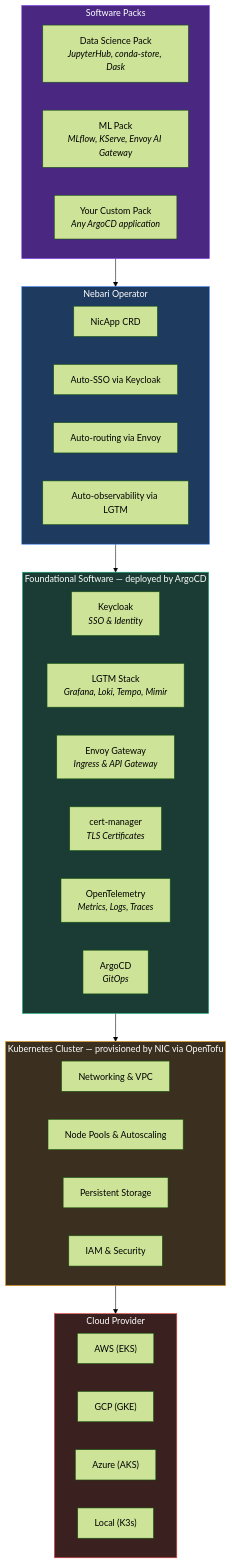
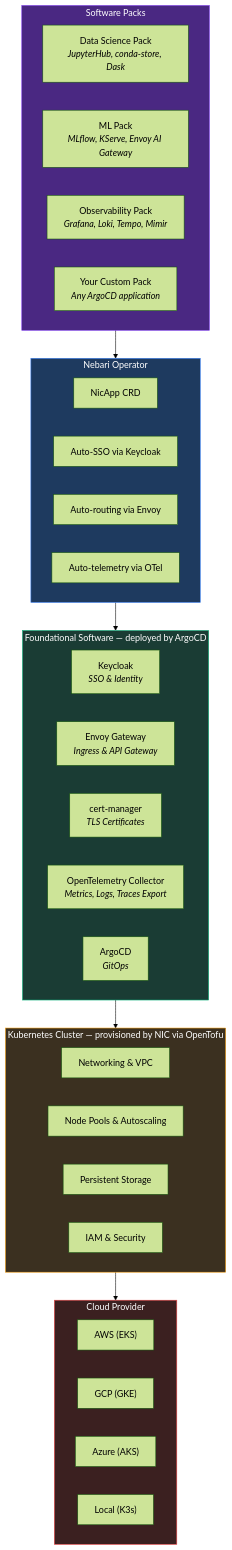
Before and after one commit to nebari-dev/nebari-infrastructure-core: the first of 2 diagrams in README.md, drawn with Mermaid (forest theme). The commit also changed other lines of this file, not shown here.

First line of the commit message:
Fix observability messaging: OTel exporter, not built-in LGTM

````diff
--- a/README.md
+++ b/README.md
@@ -53,54 +53,54 @@
 ```mermaid
 graph TB
     subgraph SP["Software Packs"]
         direction LR
         DS["Data Science Pack<br/><i>JupyterHub, conda-store, Dask</i>"]
         ML["ML Pack<br/><i>MLflow, KServe, Envoy AI Gateway</i>"]
+        OBS["Observability Pack<br/><i>Grafana, Loki, Tempo, Mimir</i>"]
         Custom["Your Custom Pack<br/><i>Any ArgoCD application</i>"]
     end
 
     subgraph OP["Nebari Operator"]
         direction LR
         CRD["NicApp CRD"]
         Auth["Auto-SSO via Keycloak"]
         Route["Auto-routing via Envoy"]
-        Obs["Auto-observability via LGTM"]
+        Tel["Auto-telemetry via OTel"]
     end
 
     subgraph FS["Foundational Software — deployed by ArgoCD"]
         direction LR
         KC["Keycloak<br/><i>SSO & Identity</i>"]
-        LGTM["LGTM Stack<br/><i>Grafana, Loki, Tempo, Mimir</i>"]
         EG["Envoy Gateway<br/><i>Ingress & API Gateway</i>"]
         CM["cert-manager<br/><i>TLS Certificates</i>"]
-        OTEL["OpenTelemetry<br/><i>Metrics, Logs, Traces</i>"]
+        OTEL["OpenTelemetry Collector<br/><i>Metrics, Logs, Traces Export</i>"]
         ARGO["ArgoCD<br/><i>GitOps</i>"]
     end
 
     subgraph K8S["Kubernetes Cluster — provisioned by NIC via OpenTofu"]
         direction LR
         Net["Networking & VPC"]
         Nodes["Node Pools & Autoscaling"]
         Storage["Persistent Storage"]
         IAM["IAM & Security"]
     end
 
     subgraph Cloud["Cloud Provider"]
         direction LR
         AWS["AWS (EKS)"]
         GCP["GCP (GKE)"]
         Azure["Azure (AKS)"]
         Local["Local (K3s)"]
     end
 
     SP --> OP
     OP --> FS
     FS --> K8S
     K8S --> Cloud
 
     style SP fill:#4a2882,stroke:#7c3aed,color:#fff
     style OP fill:#1e3a5f,stroke:#3b82f6,color:#fff
     style FS fill:#1a3c34,stroke:#10b981,color:#fff
     style K8S fill:#3b3020,stroke:#f59e0b,color:#fff
     style Cloud fill:#3b2020,stroke:#ef4444,color:#fff
 ```
````
